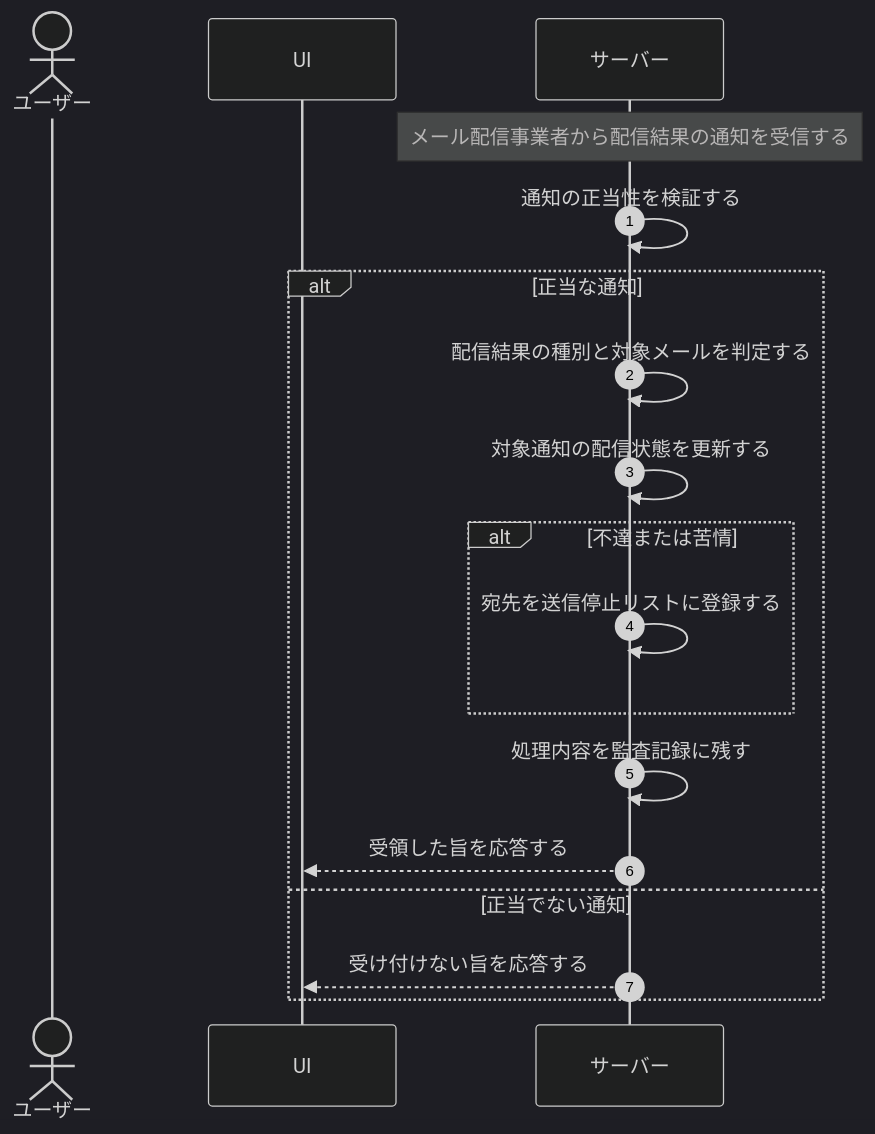
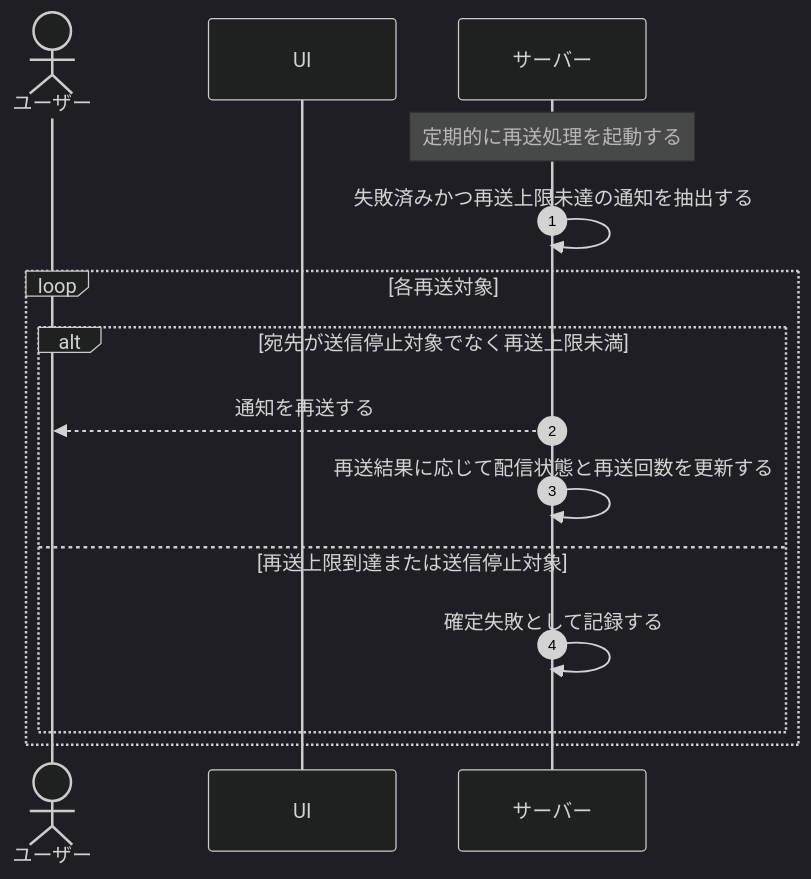
The diagram in 01_requirements/04_business_usecases/UC-062.md (sikakou54/open-faq), drawn with Mermaid (dark theme) before and after one commit. The commit also changed other lines of this file and 395 other files, not shown here.

````diff
--- a/01_requirements/04_business_usecases/UC-062.md
+++ b/01_requirements/04_business_usecases/UC-062.md
@@ -27,21 +27,18 @@
 ```mermaid
 sequenceDiagram
   autonumber
   actor U as ユーザー
   participant UI as UI
   participant S as サーバー
 
-  Note over S: メール配信事業者から配信結果の通知を受信する
-  S->>S: 通知の正当性を検証する
-  alt 正当な通知
-    S->>S: 配信結果の種別と対象メールを判定する
-    S->>S: 対象通知の配信状態を更新する
-    alt 不達または苦情
-      S->>S: 宛先を送信停止リストに登録する
+  Note over S: 定期的に再送処理を起動する
+  S->>S: 失敗済みかつ再送上限未達の通知を抽出する
+  loop 各再送対象
+    alt 宛先が送信停止対象でなく再送上限未満
+      S-->>U: 通知を再送する
+      S->>S: 再送結果に応じて配信状態と再送回数を更新する
+    else 再送上限到達または送信停止対象
+      S->>S: 確定失敗として記録する
     end
-    S->>S: 処理内容を監査記録に残す
-    S-->>UI: 受領した旨を応答する
-  else 正当でない通知
-    S-->>UI: 受け付けない旨を応答する
   end
 ```
````
